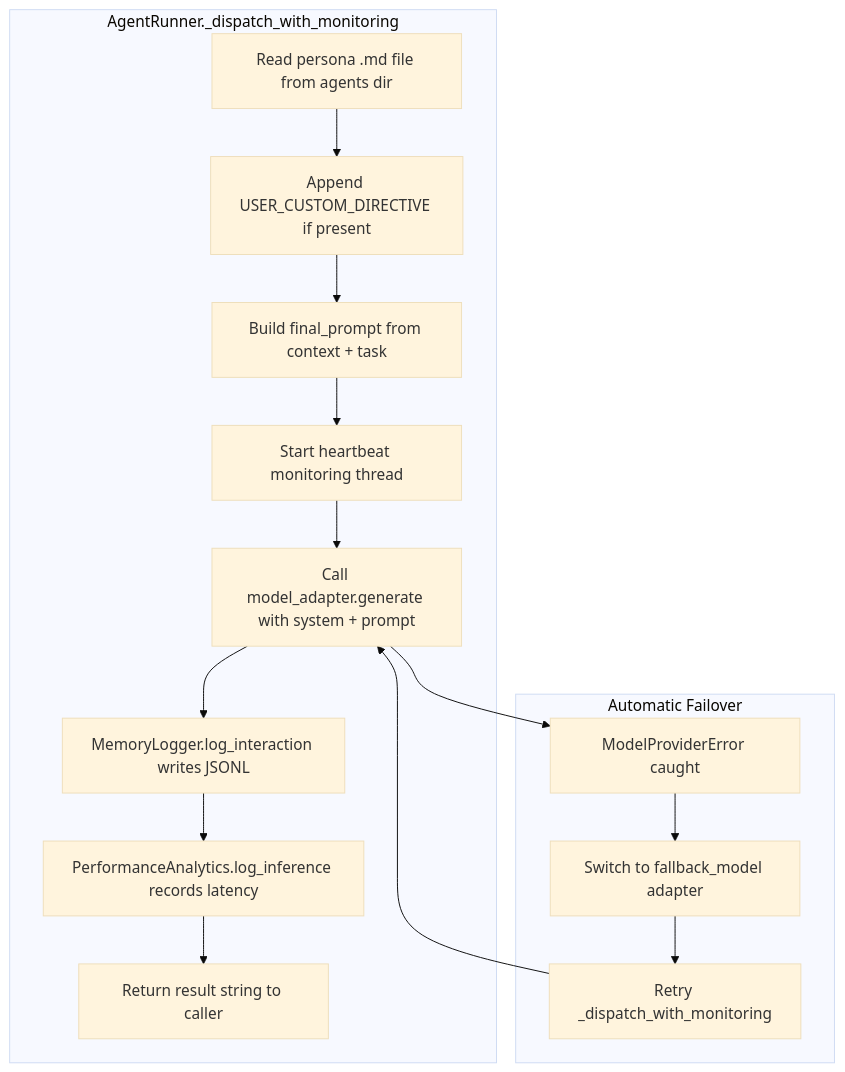
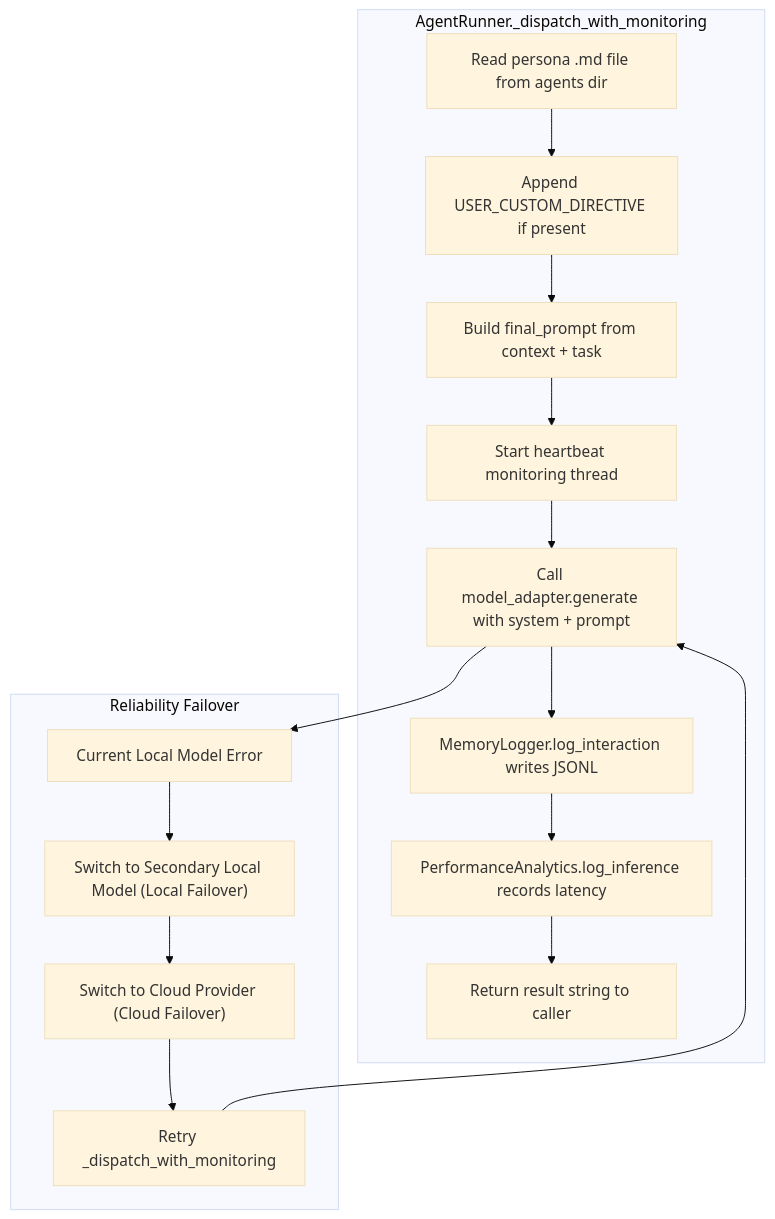
The fourth of 4 diagrams in technical_documents/architecture_map.md (shalin-rahman/Synapticity), drawn with Mermaid (base theme) before and after one commit. The commit also changed 17 other files, not shown here.

Commit message:
skill registry hot-reloading and Ollama local model adapter auto-service management

````diff
--- a/technical_documents/architecture_map.md
+++ b/technical_documents/architecture_map.md
@@ -274,32 +274,34 @@
 ```mermaid
 flowchart TD
     subgraph RUNNER ["AgentRunner._dispatch_with_monitoring"]
         A1["Read persona .md file from agents dir"]
         A2["Append USER_CUSTOM_DIRECTIVE if present"]
         A3["Build final_prompt from context + task"]
         A4["Start heartbeat monitoring thread"]
         A5["Call model_adapter.generate with system + prompt"]
         A6["MemoryLogger.log_interaction writes JSONL"]
         A7["PerformanceAnalytics.log_inference records latency"]
         A8["Return result string to caller"]
     end
 
-    subgraph FAILOVER ["Automatic Failover"]
-        B1["ModelProviderError caught"]
-        B2["Switch to fallback_model adapter"]
-        B3["Retry _dispatch_with_monitoring"]
+    subgraph FAILOVER ["Reliability Failover"]
+        B1["Current Local Model Error"]
+        B2["Switch to Secondary Local Model (Local Failover)"]
+        B3["Switch to Cloud Provider (Cloud Failover)"]
+        B4["Retry _dispatch_with_monitoring"]
     end
 
     A1 --> A2
     A2 --> A3
     A3 --> A4
     A4 --> A5
     A5 --> A6
     A6 --> A7
     A7 --> A8
 
     A5 --> B1
     B1 --> B2
     B2 --> B3
-    B3 --> A5
+    B3 --> B4
+    B4 --> A5
 ```
````
